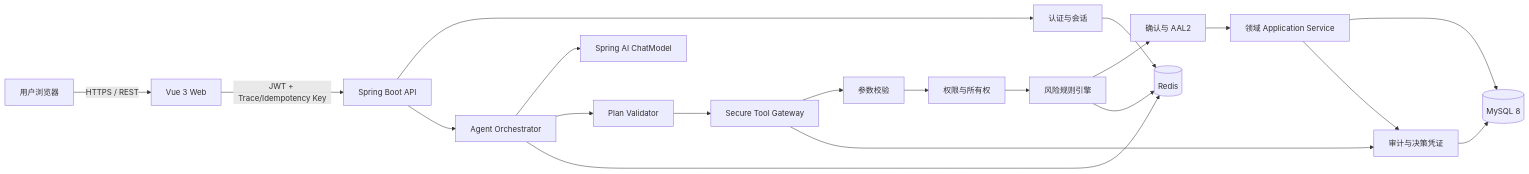
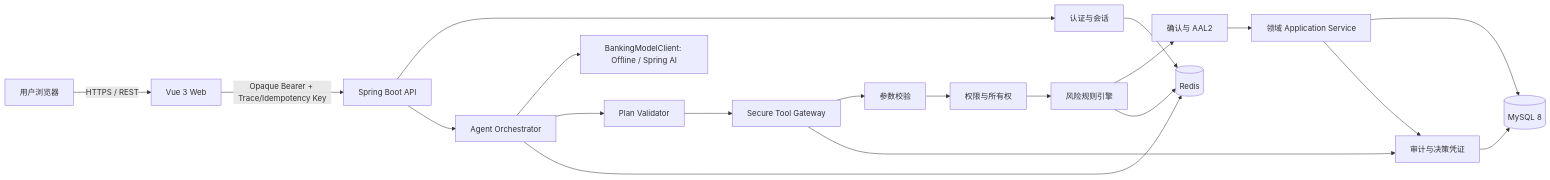
The first of 2 diagrams in docs/architecture.md (zhanglonglong01/silver-shield-banking-agent), drawn with Mermaid before and after one commit. The commit also changed other lines of this file and 61 other files, not shown here.

````diff
--- a/docs/architecture.md
+++ b/docs/architecture.md
@@ -18,22 +18,22 @@
 ```mermaid
 flowchart LR
     U[用户浏览器] -->|HTTPS / REST| FE[Vue 3 Web]
-    FE -->|JWT + Trace/Idempotency Key| API[Spring Boot API]
+    FE -->|Opaque Bearer + Trace/Idempotency Key| API[Spring Boot API]
     API --> AUTH[认证与会话]
     API --> AGENT[Agent Orchestrator]
-    AGENT --> MODEL[Spring AI ChatModel]
+    AGENT --> MODEL[BankingModelClient: Offline / Spring AI]
     AGENT --> PLAN[Plan Validator]
     PLAN --> TG[Secure Tool Gateway]
     TG --> VAL[参数校验]
     VAL --> AZ[权限与所有权]
     AZ --> RISK[风险规则引擎]
     RISK --> CONF[确认与 AAL2]
     CONF --> APP[领域 Application Service]
     APP --> MYSQL[(MySQL 8)]
     TG --> AUDIT[审计与决策凭证]
     APP --> AUDIT
     AUTH --> REDIS[(Redis)]
     AGENT --> REDIS
     RISK --> REDIS
     AUDIT --> MYSQL
 ```
````
